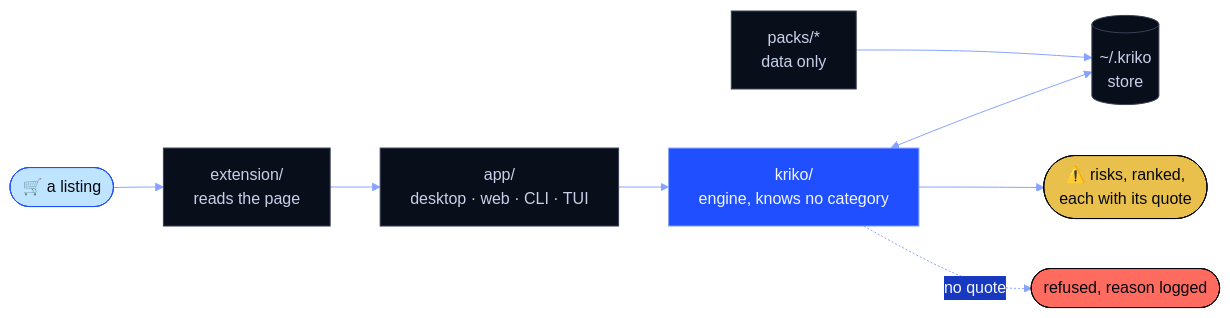
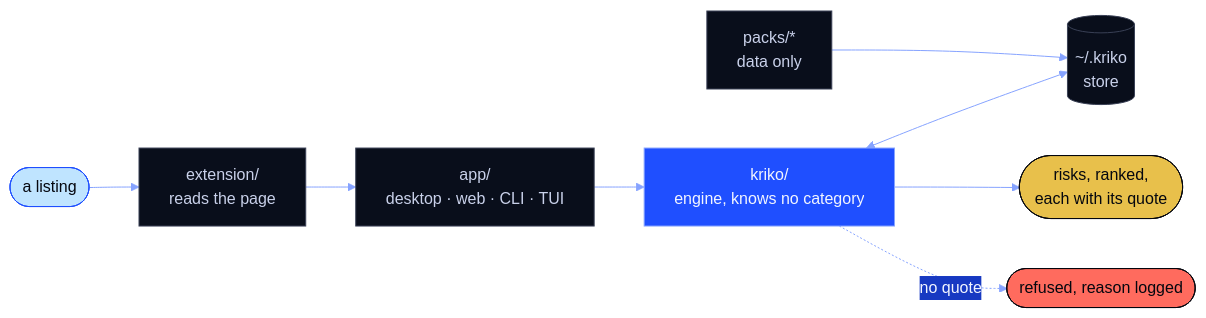
The diagram in README.md (Berbadov/kriko), drawn with Mermaid before and after one commit. The commit also changed other lines of this file and 15 other files, not shown here.

````diff
--- a/README.md
+++ b/README.md
@@ -51,17 +47,17 @@
 ```mermaid
 %%{init: {"theme":"base","themeVariables":{"fontFamily":"ui-monospace, SFMono-Regular, Consolas, monospace","primaryColor":"#090E1B","primaryTextColor":"#F2F5FF","primaryBorderColor":"#1F4FFF","lineColor":"#86A3FF","secondaryColor":"#1739C2","tertiaryColor":"#080B16","noteBkgColor":"#BFE4FF","noteTextColor":"#05070F","actorBkg":"#090E1B","actorTextColor":"#F2F5FF","actorBorder":"#1F4FFF","signalColor":"#86A3FF","signalTextColor":"#86A3FF"}}}%%
 flowchart LR
-    L(["🛒 a listing"]):::ice --> E["extension/<br/>reads the page"]:::plain
+    L(["a listing"]):::ice --> E["extension/<br/>reads the page"]:::plain
     E --> A["app/<br/>desktop · web · CLI · TUI"]:::plain
     A --> K["kriko/<br/>engine, knows no category"]:::brand
     P["packs/*<br/>data only"]:::plain --> S[("~/.kriko<br/>store")]:::plain
     K <--> S
-    K --> R(["⚠️ risks, ranked,<br/>each with its quote"]):::mark
+    K --> R(["risks, ranked,<br/>each with its quote"]):::mark
     K -.->|"no quote"| X(["refused, reason logged"]):::danger
 
     classDef brand  fill:#1F4FFF,stroke:#86A3FF,color:#F2F5FF
     classDef plain  fill:#090E1B,stroke:#3A4156,color:#C9D1EA
     classDef ice    fill:#BFE4FF,stroke:#1F4FFF,color:#05070F
     classDef danger fill:#FF6B5E,stroke:#05070F,color:#05070F
     classDef mark   fill:#E8C04B,stroke:#05070F,color:#05070F
 ```
````
